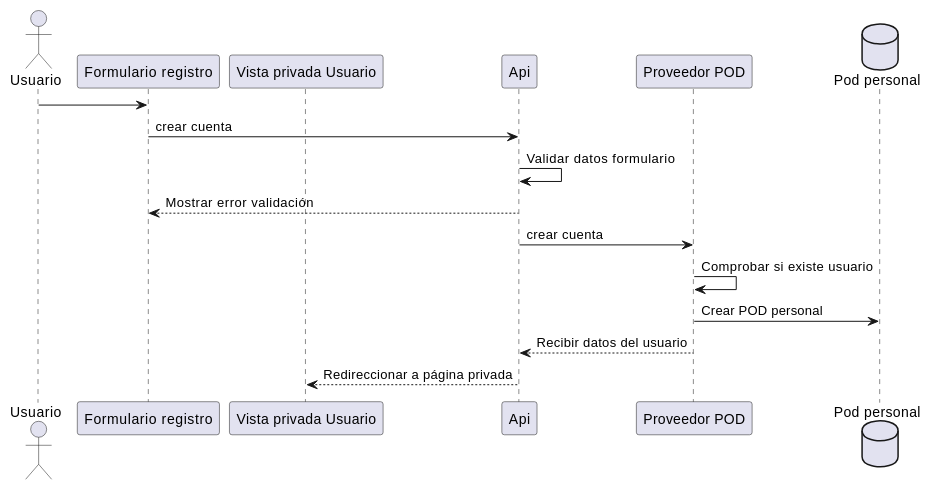
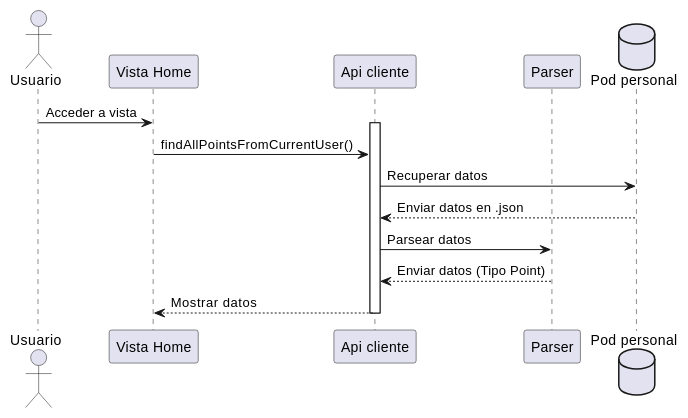
Before and after one commit to Arquisoft/lomap_es5a: the fourth of 8 diagrams in docs/06_runtime_view.adoc, drawn with PlantUML. The commit also changed other lines of this file and 5 other files, not shown here.

```diff
--- a/docs/06_runtime_view.adoc
+++ b/docs/06_runtime_view.adoc
@@ -82,18 +89,20 @@
 [plantuml,"runtime-6-2-2", svg]
 ----
 actor Usuario
-participant form as "Formulario registro"
-participant personal as "Vista privada Usuario"
-participant Api
-participant Inrupt as "Proveedor POD"
+participant inicio as "Vista Home"
+participant Api as "Api cliente"
+participant parser as "Parser"
 database Pod as "Pod personal"
-Usuario -> form:
-form  -> Api: crear cuenta
-Api -> Api: Validar datos formulario
-Api --> form: Mostrar error validación
-Api -> Inrupt: crear cuenta
-Inrupt -> Inrupt: Comprobar si existe usuario
-Inrupt -> Pod: Crear POD personal
-Inrupt --> Api: Recibir datos del usuario
-Api --> personal: Redireccionar a página privada 
+
+Usuario -> inicio: Acceder a vista
+
+activate Api
+inicio -> Api: findAllPointsFromCurrentUser()
+Api -> Pod: Recuperar datos
+Pod --> Api: Enviar datos en .json
+Api -> parser: Parsear datos
+parser --> Api: Enviar datos (Tipo Point)
+Api --> inicio: Mostrar datos
+deactivate Api
+
 ----
```
